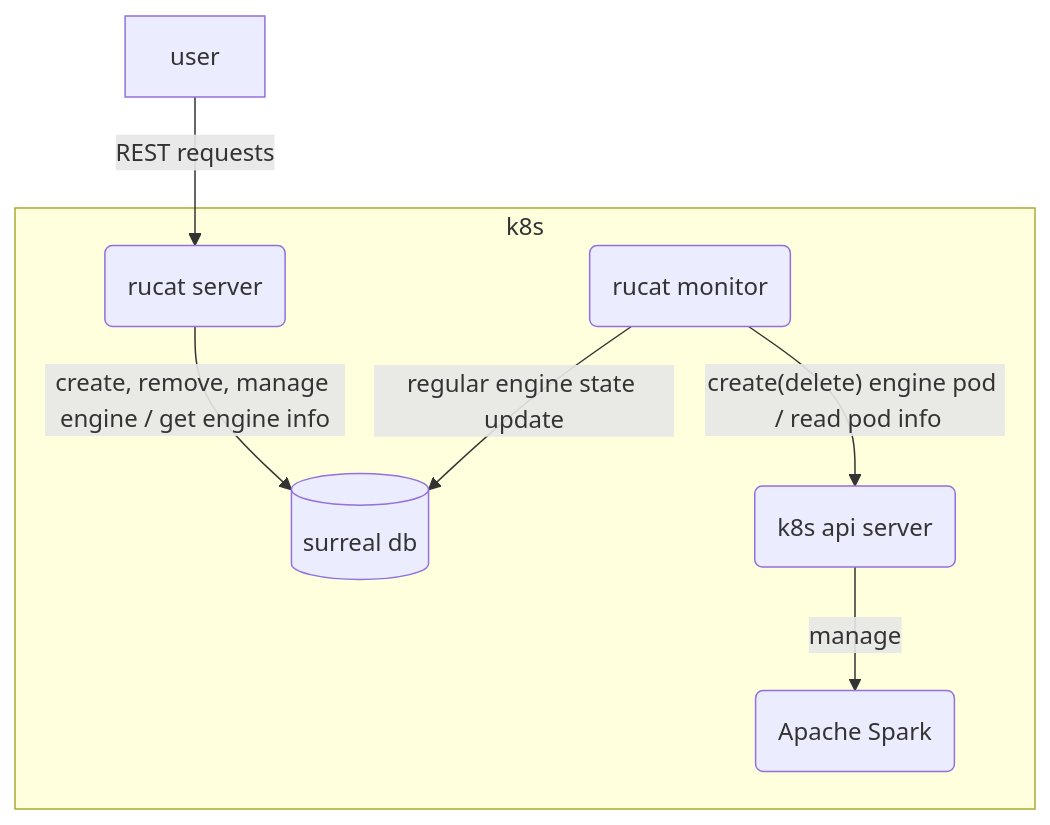
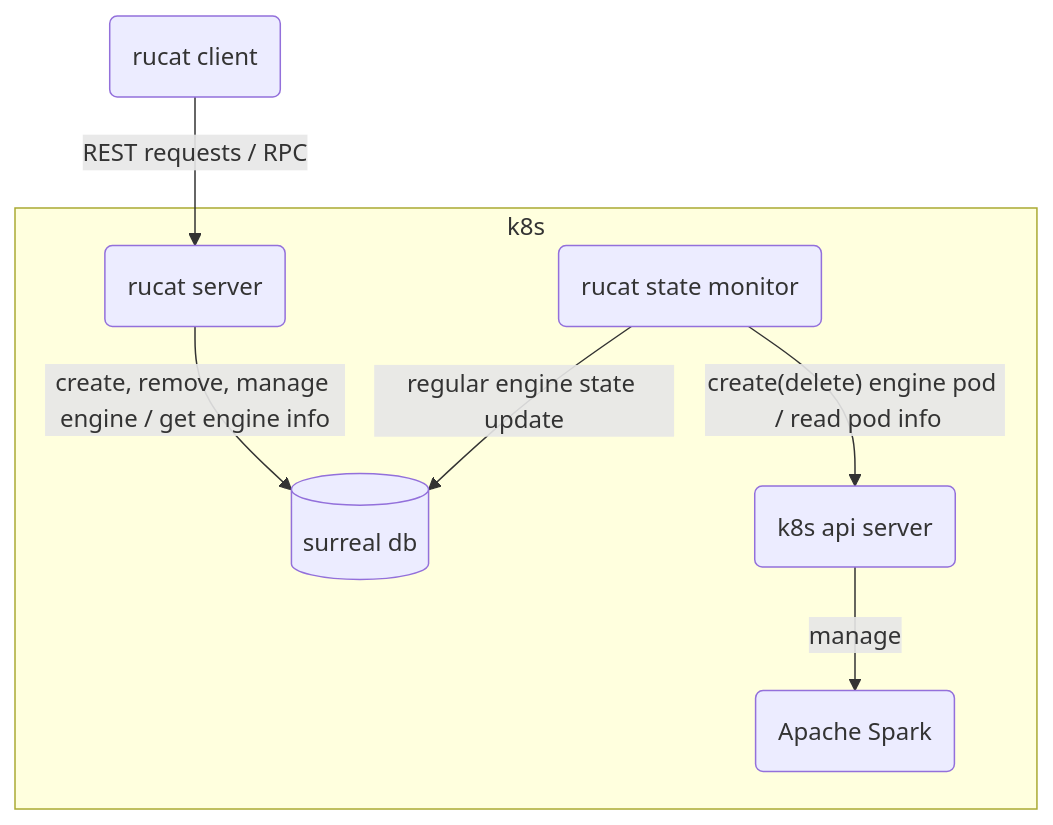
Before and after one commit to HaoYang670/rucat: the first of 2 diagrams in README.md, drawn with Mermaid. The commit also changed other lines of this file and 2 other files, not shown here.

````diff
--- a/README.md
+++ b/README.md
@@ -14,16 +14,17 @@
 ```mermaid
 flowchart
     server(rucat server)
     spark(Apache Spark)
-    monitor(rucat monitor)
+    monitor(rucat state monitor)
     k8s-api(k8s api server)
     db[(surreal db)]
-    user -- REST requests --> server
+    user(rucat client)
+    user -- REST requests / RPC --> server
 
     subgraph k8s
     server -- create, remove, manage engine / get engine info --> db
     monitor -- regular engine state update --> db
     monitor -- create(delete) engine pod  / read pod info --> k8s-api
     k8s-api -- manage --> spark
     end
 ```
````
